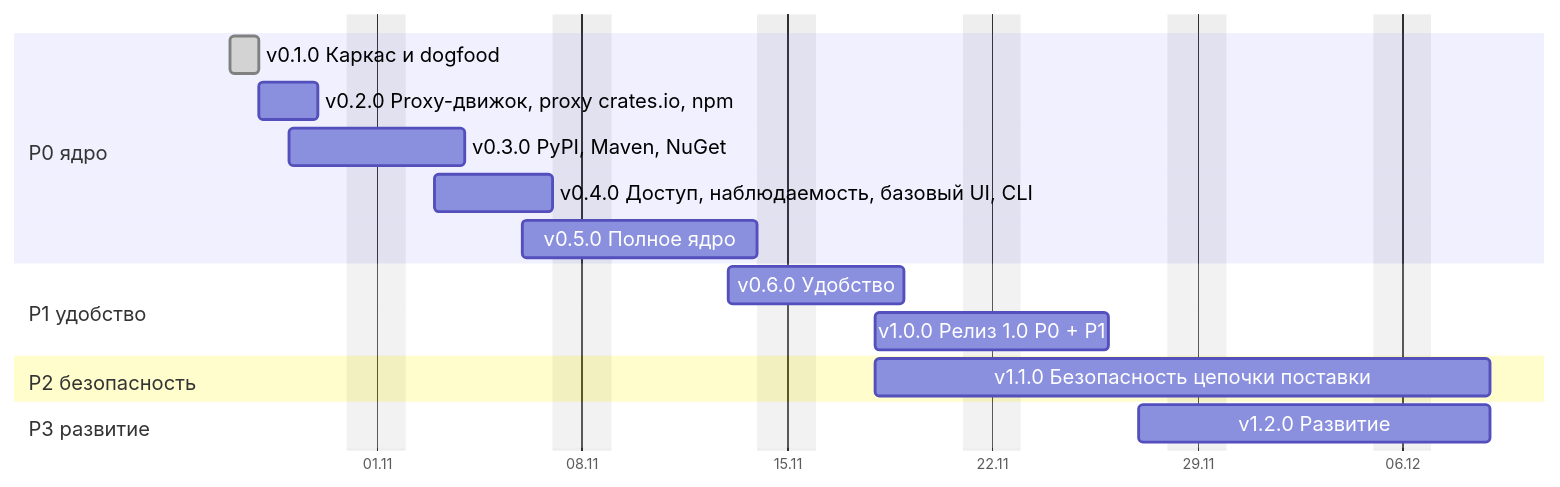
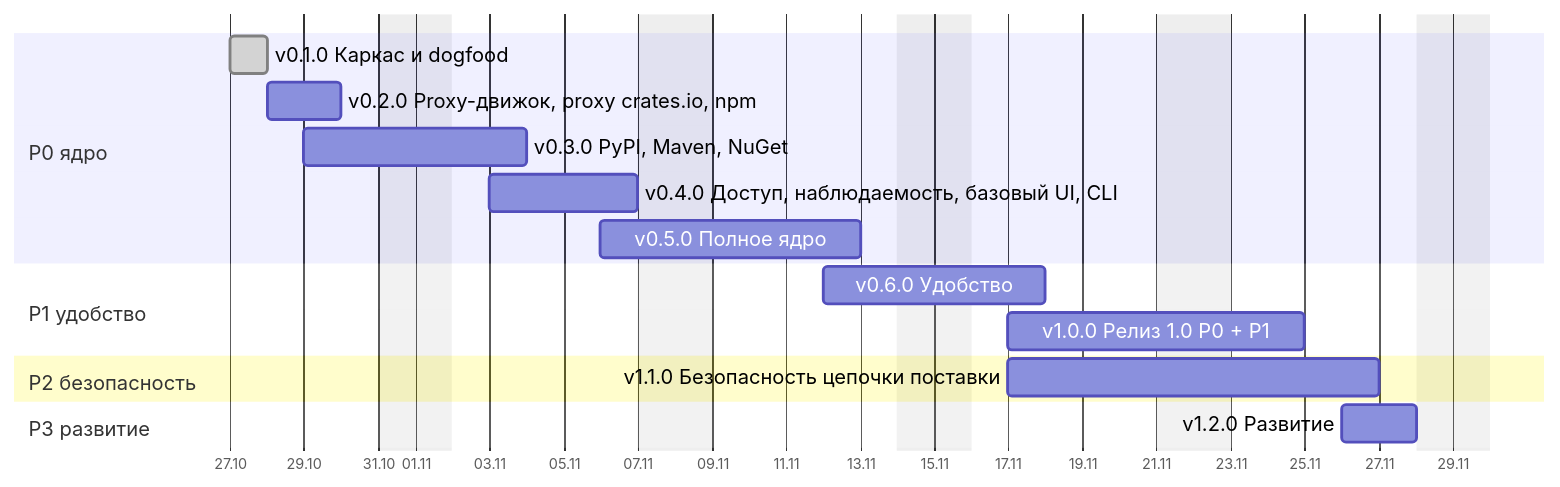
One commit to izevg/CRANE changed the diagram in ROADMAP.md. Above: the diagram before and after it, drawn with Mermaid. The commit also changed other lines of this file and 12 other files, not shown here.

First line of the commit message:
docs(roadmap): move load testing and pentest post-v1, support backup and encryption via configuration (#26)

````diff
--- a/ROADMAP.md
+++ b/ROADMAP.md
@@ -21,21 +21,21 @@
 ```mermaid
 %%{init: {"gantt": {"fontSize": 14, "sectionFontSize": 14, "barHeight": 26, "barGap": 6, "leftPadding": 150}}}%%
 gantt
   todayMarker off
   dateFormat YYYY-MM-DD
   axisFormat %d.%m
   excludes weekends
   section P0 ядро
   v0.1.0 Каркас и dogfood :done, 2026-10-27, 1d
   v0.2.0 Proxy-движок, proxy crates.io, npm :2026-10-28, 2d
   v0.3.0 PyPI, Maven, NuGet :2026-10-29, 4d
   v0.4.0 Доступ, наблюдаемость, базовый UI, CLI :2026-11-03, 4d
-  v0.5.0 Полное ядро :2026-11-06, 6d
+  v0.5.0 Полное ядро :2026-11-06, 5d
   section P1 удобство
-  v0.6.0 Удобство :2026-11-13, 4d
-  v1.0.0 Релиз 1.0 P0 + P1 :2026-11-18, 6d
+  v0.6.0 Удобство :2026-11-12, 4d
+  v1.0.0 Релиз 1.0 P0 + P1 :2026-11-17, 6d
   section P2 безопасность
-  v1.1.0 Безопасность цепочки поставки :2026-11-18, 15d
+  v1.1.0 Безопасность цепочки поставки :2026-11-17, 8d
   section P3 развитие
-  v1.2.0 Развитие :2026-11-27, 8d
+  v1.2.0 Развитие :2026-11-26, 2d
 ```
````
